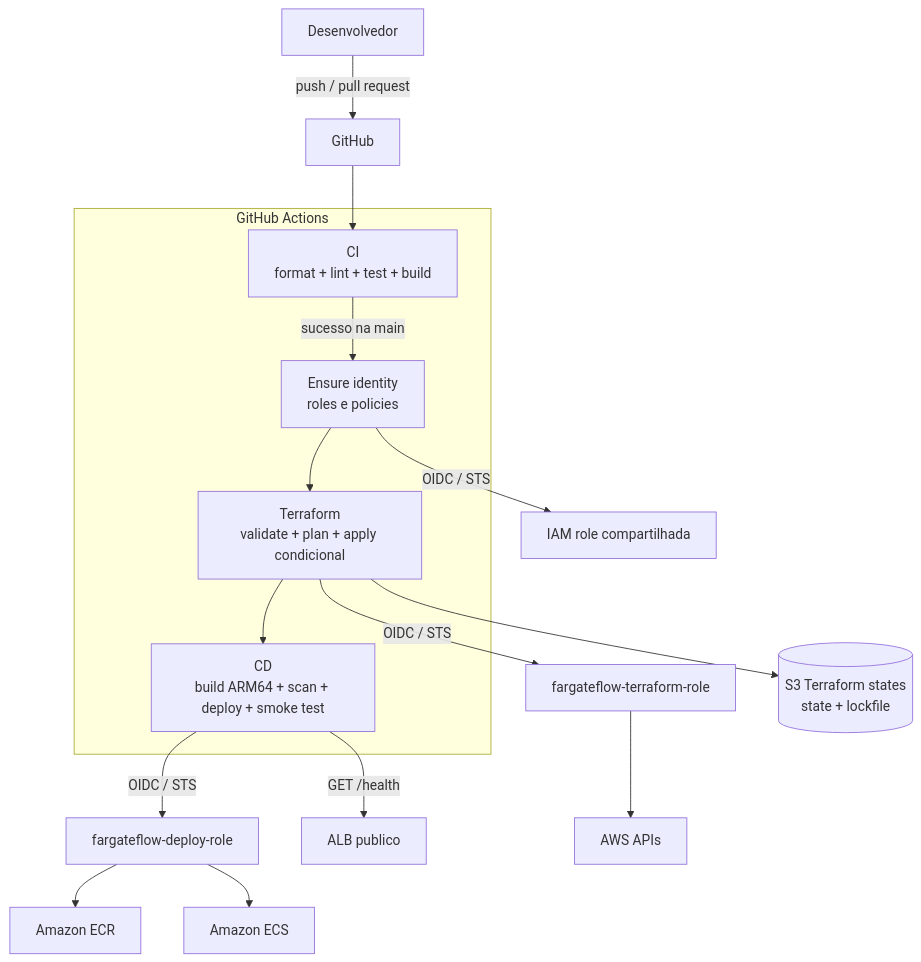
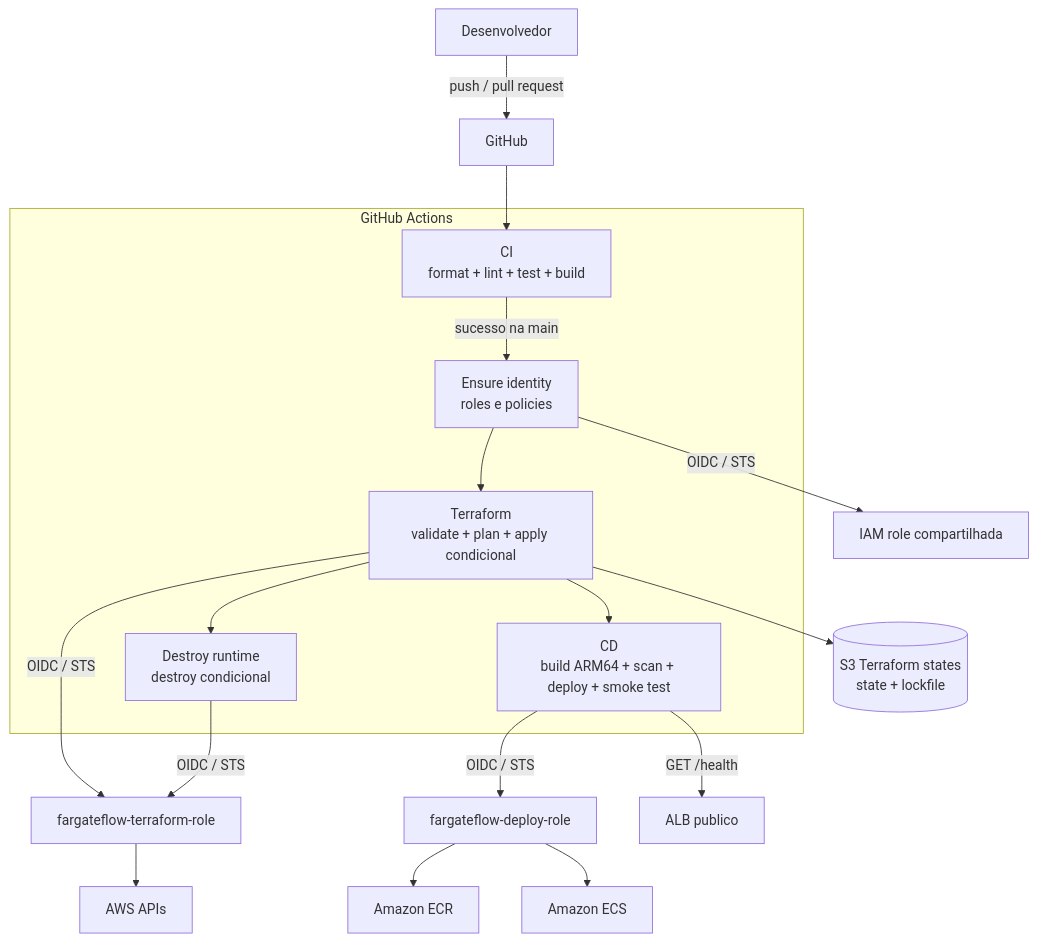
The second of 2 diagrams in docs/architecture.md (kaiotcp1/ECS), drawn with Mermaid before and after one commit. The commit also changed other lines of this file and 9 other files, not shown here.

Commit message:
feat(lifecycle): add governed runtime destroy workflow

````diff
--- a/docs/architecture.md
+++ b/docs/architecture.md
@@ -58,23 +58,27 @@
 ```mermaid
 flowchart TB
   developer[Desenvolvedor] -->|push / pull request| github[GitHub]
 
   subgraph actions[GitHub Actions]
     ci[CI<br/>format + lint + test + build]
     identity[Ensure identity<br/>roles e policies]
     tf[Terraform<br/>validate + plan + apply condicional]
+    destroy[Destroy runtime<br/>destroy condicional]
     cd[CD<br/>build ARM64 + scan + deploy + smoke test]
   end
 
   github --> ci
-  ci -->|sucesso na main| identity --> tf --> cd
+  ci -->|sucesso na main| identity --> tf
+  tf --> destroy
+  tf --> cd
 
   identity -->|OIDC / STS| bootstrap[IAM role compartilhada]
   tf -->|OIDC / STS| terraformRole[fargateflow-terraform-role]
+  destroy -->|OIDC / STS| terraformRole
   cd -->|OIDC / STS| deployRole[fargateflow-deploy-role]
   tf --> state[(S3 Terraform states<br/>state + lockfile)]
   deployRole --> ecr[Amazon ECR]
   deployRole --> ecs[Amazon ECS]
   terraformRole --> aws[AWS APIs]
   cd -->|GET /health| alb[ALB publico]
 ```
````
